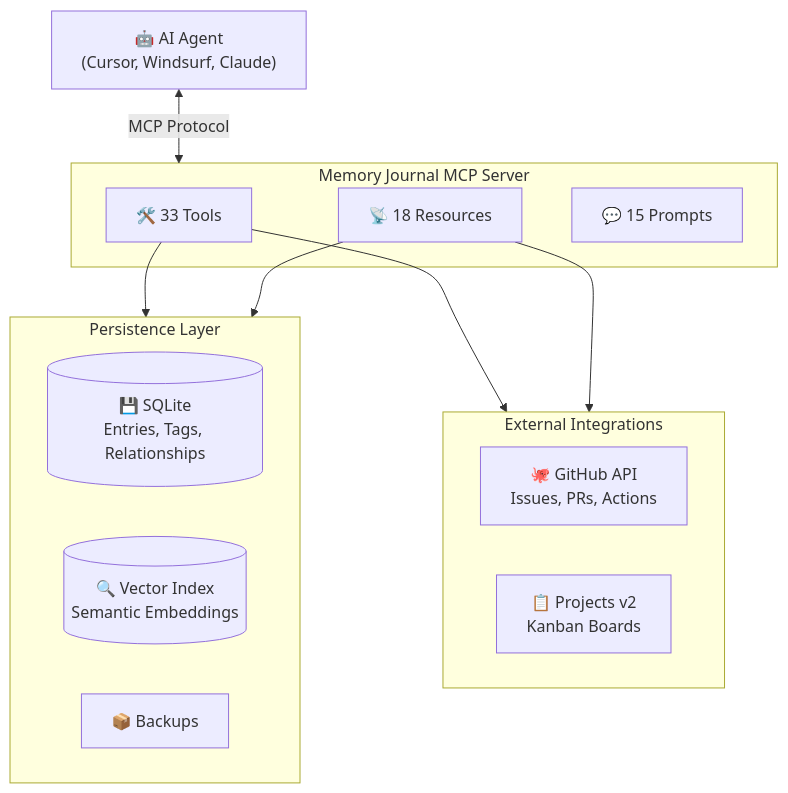
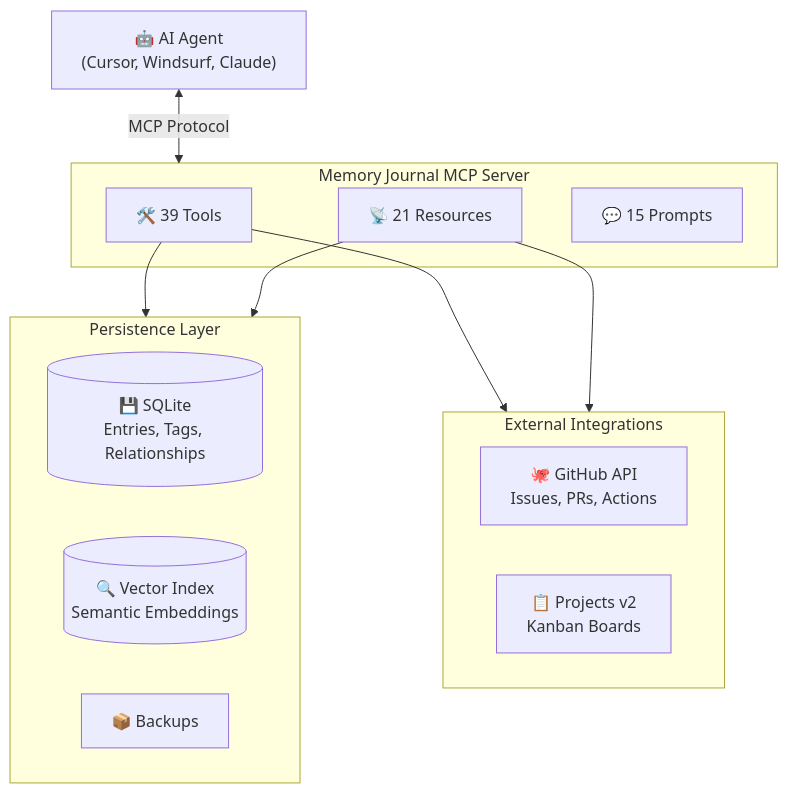
The second of 2 diagrams in README.md (neverinfamous/memory-journal-mcp), drawn with Mermaid before and after one commit. The commit also changed other lines of this file and 51 other files, not shown here.

````diff
--- a/README.md
+++ b/README.md
@@ -455,27 +465,27 @@
 ```mermaid
 flowchart TB
     AI["🤖 AI Agent<br/>(Cursor, Windsurf, Claude)"]
 
     subgraph MCP["Memory Journal MCP Server"]
-        Tools["🛠️ 33 Tools"]
-        Resources["📡 18 Resources"]
+        Tools["🛠️ 39 Tools"]
+        Resources["📡 21 Resources"]
         Prompts["💬 15 Prompts"]
     end
 
     subgraph Storage["Persistence Layer"]
         SQLite[("💾 SQLite<br/>Entries, Tags, Relationships")]
         Vector[("🔍 Vector Index<br/>Semantic Embeddings")]
         Backups["📦 Backups"]
     end
 
     subgraph External["External Integrations"]
         GitHub["🐙 GitHub API<br/>Issues, PRs, Actions"]
         Kanban["📋 Projects v2<br/>Kanban Boards"]
     end
 
     AI <-->|"MCP Protocol"| MCP
     Tools --> Storage
     Tools --> External
     Resources --> Storage
     Resources --> External
 ```
````
